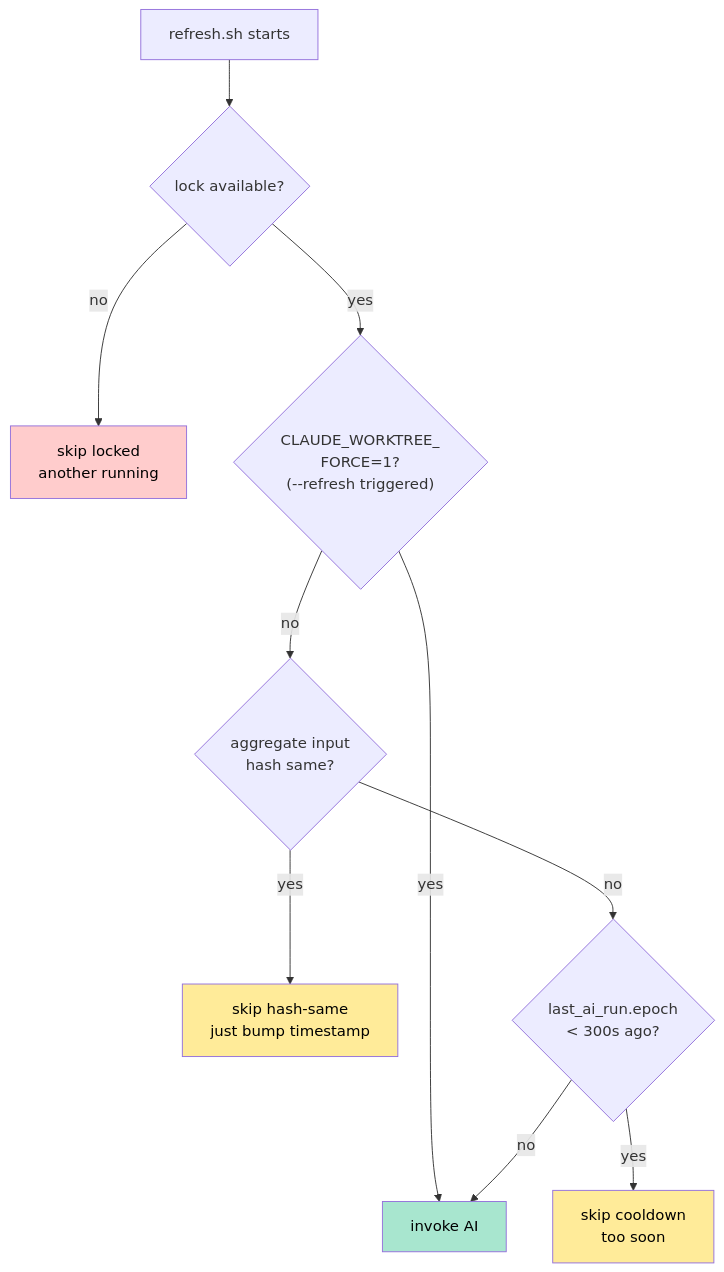
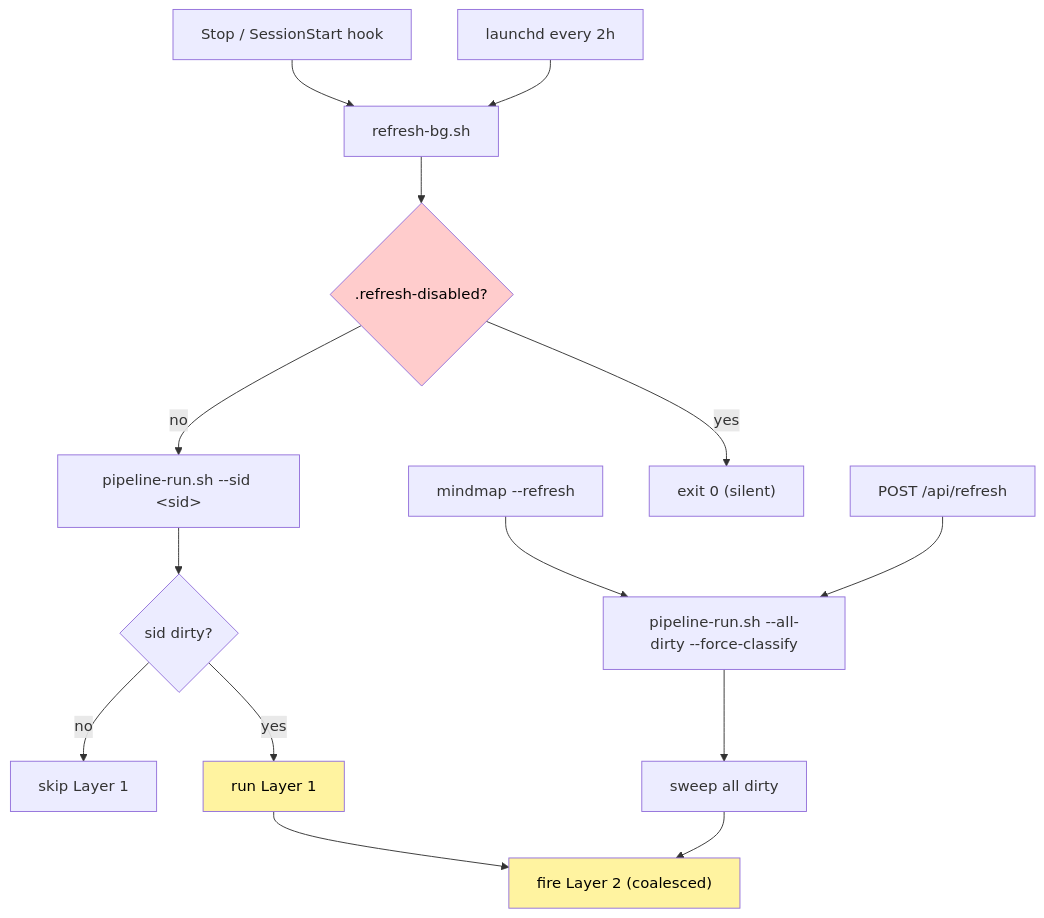
One commit to Icesource/claude-code-worktree changed the fourth of 8 diagrams in docs/ARCHITECTURE.md. Above: the diagram before and after it, drawn with Mermaid. The commit also changed other lines of this file and 1 other file, not shown here.

````diff
--- a/docs/ARCHITECTURE.md
+++ b/docs/ARCHITECTURE.md
@@ -338,17 +283,21 @@
 ```mermaid
 flowchart TD
-    Start["refresh.sh starts"] --> Lock{"lock available?"}
-    Lock -- "no" --> Skip1["skip locked<br/>another running"]
-    Lock -- "yes" --> Force{"CLAUDE_WORKTREE_<br/>FORCE=1?<br/>(--refresh triggered)"}
-    Force -- "yes" --> Run["invoke AI"]
-    Force -- "no" --> Hash{"aggregate input<br/>hash same?"}
-    Hash -- "yes" --> Skip2["skip hash-same<br/>just bump timestamp"]
-    Hash -- "no" --> Marker{"last_ai_run.epoch<br/>&lt; 300s ago?"}
-    Marker -- "yes" --> Skip3["skip cooldown<br/>too soon"]
-    Marker -- "no" --> Run
+    H["Stop / SessionStart hook"] --> RB["refresh-bg.sh"]
+    LA["launchd every 2h"] --> RB
+    UR["mindmap --refresh"] --> Pipe["pipeline-run.sh --all-dirty --force-classify"]
+    API["POST /api/refresh"] --> Pipe
 
-    style Run fill:#a8e6cf,color:#000
-    style Skip1 fill:#ffcccc,color:#000
-    style Skip2 fill:#ffeb99,color:#000
-    style Skip3 fill:#ffeb99,color:#000
+    RB --> KS{".refresh-disabled?"}
+    KS -- yes --> Exit["exit 0 (silent)"]
+    KS -- no --> PipeSid["pipeline-run.sh --sid &lt;sid&gt;"]
+    PipeSid --> L1?{"sid dirty?"}
+    L1? -- no --> Skip["skip Layer 1"]
+    L1? -- yes --> L1["run Layer 1"]
+    L1 --> L2["fire Layer 2 (coalesced)"]
+    Pipe --> Bf["sweep all dirty"]
+    Bf --> L2
+
+    style KS fill:#fcc,color:#000
+    style L1 fill:#fff3a0,color:#000
+    style L2 fill:#fff3a0,color:#000
 ```
````
